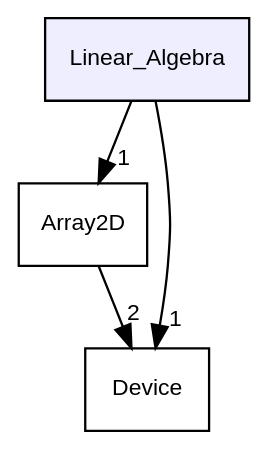
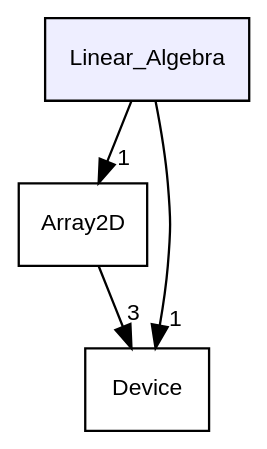
Before and after one commit to OsmanAEG/PySYCL: the diagram in docs/PySYCL_doxygen_html/dir_048d98b6635f6f7d0d13e92ba82f3b00_dep.dot, drawn with Graphviz. The commit also changed 169 other files, not shown here.

```diff
--- a/docs/PySYCL_doxygen_html/dir_048d98b6635f6f7d0d13e92ba82f3b00_dep.dot
+++ b/docs/PySYCL_doxygen_html/dir_048d98b6635f6f7d0d13e92ba82f3b00_dep.dot
@@ -1,12 +1,12 @@
 digraph "Linear_Algebra" {
   bgcolor=transparent;
   compound=true
   node [ fontsize="10", fontname="Helvetica"];
   edge [ labelfontsize="10", labelfontname="Helvetica"];
   dir_048d98b6635f6f7d0d13e92ba82f3b00 [shape=box, label="Linear_Algebra", style="filled", fillcolor="#eeeeff", pencolor="black", URL="dir_048d98b6635f6f7d0d13e92ba82f3b00.html"];
   dir_224ac7b824186f4773522b8bb0743517 [shape=box label="Array2D" URL="dir_224ac7b824186f4773522b8bb0743517.html"];
   dir_737e998198a830156af4433d00da986d [shape=box label="Device" URL="dir_737e998198a830156af4433d00da986d.html"];
   dir_048d98b6635f6f7d0d13e92ba82f3b00->dir_224ac7b824186f4773522b8bb0743517 [headlabel="1", labeldistance=1.5 headhref="dir_000004_000002.html"];
   dir_048d98b6635f6f7d0d13e92ba82f3b00->dir_737e998198a830156af4433d00da986d [headlabel="1", labeldistance=1.5 headhref="dir_000004_000003.html"];
-  dir_224ac7b824186f4773522b8bb0743517->dir_737e998198a830156af4433d00da986d [headlabel="2", labeldistance=1.5 headhref="dir_000002_000003.html"];
+  dir_224ac7b824186f4773522b8bb0743517->dir_737e998198a830156af4433d00da986d [headlabel="3", labeldistance=1.5 headhref="dir_000002_000003.html"];
 }
```
